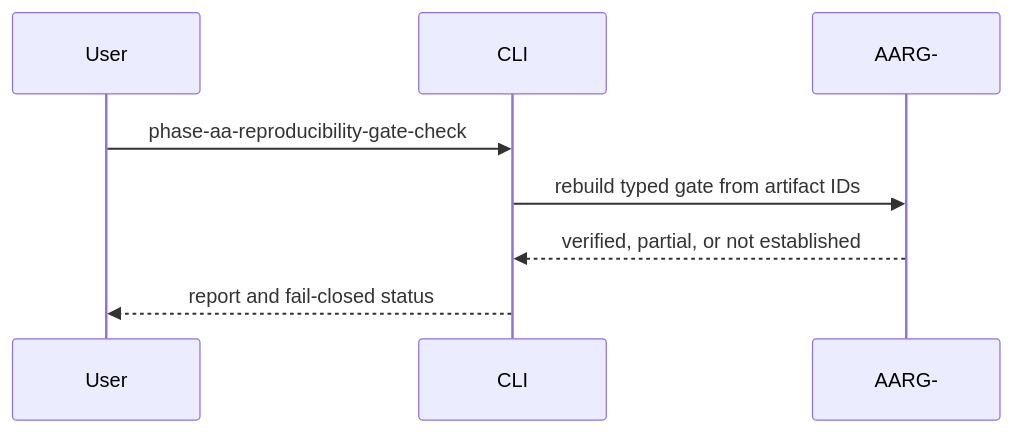
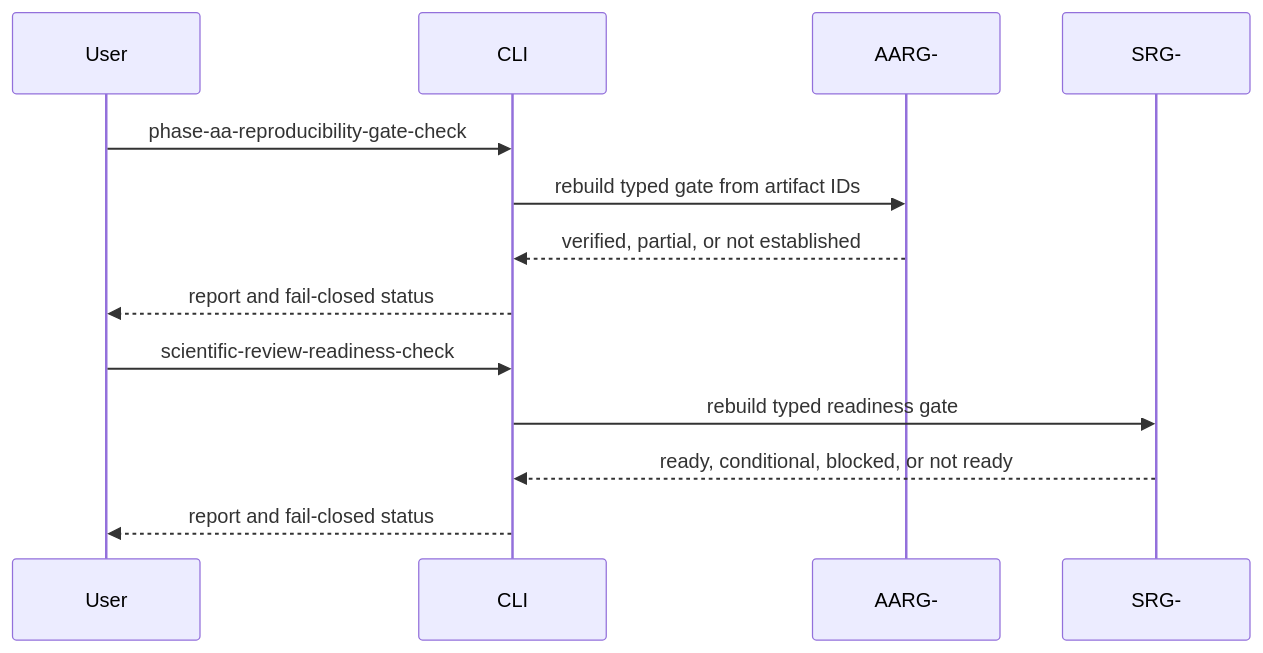
One commit to streamentry/OpenAMP-Foundry changed the second of 2 diagrams in src/openamp_foundry/cli/AGENTS.md. Above: the diagram before and after it, drawn with Mermaid. The commit also changed other lines of this file and 18 other files, not shown here.

First line of the commit message:
feat: expose scientific review readiness gate

````diff
--- a/src/openamp_foundry/cli/AGENTS.md
+++ b/src/openamp_foundry/cli/AGENTS.md
@@ -23,10 +27,15 @@
 ```mermaid
 sequenceDiagram
   participant User
   participant CLI
   participant Gate as AARG-
+  participant SRG as SRG-
   User->>CLI: phase-aa-reproducibility-gate-check
   CLI->>Gate: rebuild typed gate from artifact IDs
   Gate-->>CLI: verified, partial, or not established
   CLI-->>User: report and fail-closed status
+  User->>CLI: scientific-review-readiness-check
+  CLI->>SRG: rebuild typed readiness gate
+  SRG-->>CLI: ready, conditional, blocked, or not ready
+  CLI-->>User: report and fail-closed status
 ```
````
